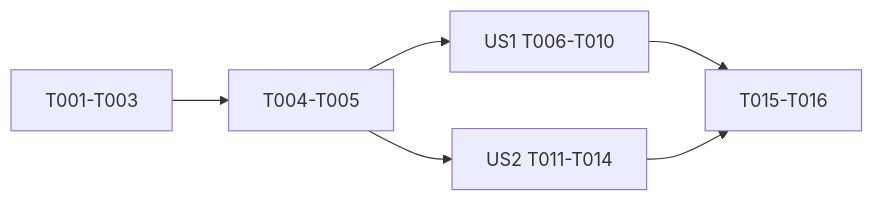
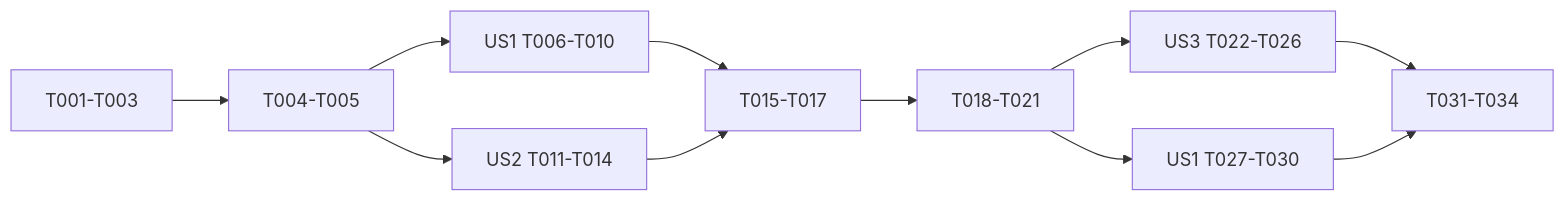
Before and after one commit to connortran216/horizon-blog: the diagram in specs/015-series-learning-path/tasks.md, drawn with Mermaid. The commit also changed other lines of this file and 70 other files, not shown here.

Commit message:
feat(series): add public discovery experience (#2)

````diff
--- a/specs/015-series-learning-path/tasks.md
+++ b/specs/015-series-learning-path/tasks.md
@@ -40,8 +76,13 @@
 ```mermaid
 flowchart LR
     Setup["T001-T003"] --> Foundation["T004-T005"]
     Foundation --> Public["US1 T006-T010"]
     Foundation --> Owner["US2 T011-T014"]
-    Public --> Delivery["T015-T016"]
+    Public --> Delivery["T015-T017"]
     Owner --> Delivery
+    Delivery --> Approved["T018-T021"]
+    Approved --> Discovery["US3 T022-T026"]
+    Approved --> Detail["US1 T027-T030"]
+    Discovery --> Final["T031-T034"]
+    Detail --> Final
 ```
````
